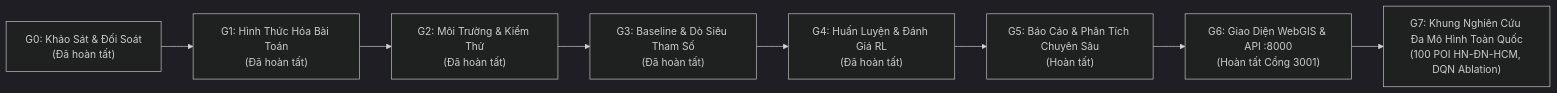
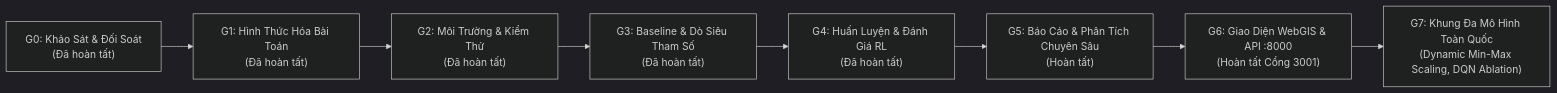
Before and after one commit to philipsgn/HotWAY: the first of 2 diagrams in PLAN.md, drawn with Mermaid (dark theme). The commit also changed other lines of this file and 4 other files, not shown here.

Commit message:
docs(sync-v7.3.1): document zero-hardcode policy, dynamic min-max scaling, 128d/3L architecture, and updated empirical metrics in core docs

````diff
--- a/PLAN.md
+++ b/PLAN.md
@@ -12,10 +12,10 @@
 ```mermaid
 flowchart LR
     G0["G0: Khảo Sát & Đối Soát\n(Đã hoàn tất)"] --> G1["G1: Hình Thức Hóa Bài Toán\n(Đã hoàn tất)"]
     G1 --> G2["G2: Môi Trường & Kiểm Thử\n(Đã hoàn tất)"]
     G2 --> G3["G3: Baseline & Dò Siêu Tham Số\n(Đã hoàn tất)"]
     G3 --> G4["G4: Huấn Luyện & Đánh Giá RL\n(Đã hoàn tất)"]
     G4 --> G5["G5: Báo Cáo & Phân Tích Chuyên Sâu\n(Hoàn tất)"]
     G5 --> G6["G6: Giao Diện WebGIS & API :8000\n(Hoàn tất Cổng 3001)"]
-    G6 --> G7["G7: Khung Nghiên Cứu Đa Mô Hình Toàn Quốc\n(100 POI HN-ĐN-HCM, DQN Ablation)"]
+    G6 --> G7["G7: Khung Đa Mô Hình Toàn Quốc\n(Dynamic Min-Max Scaling, DQN Ablation)"]
 ```
````
